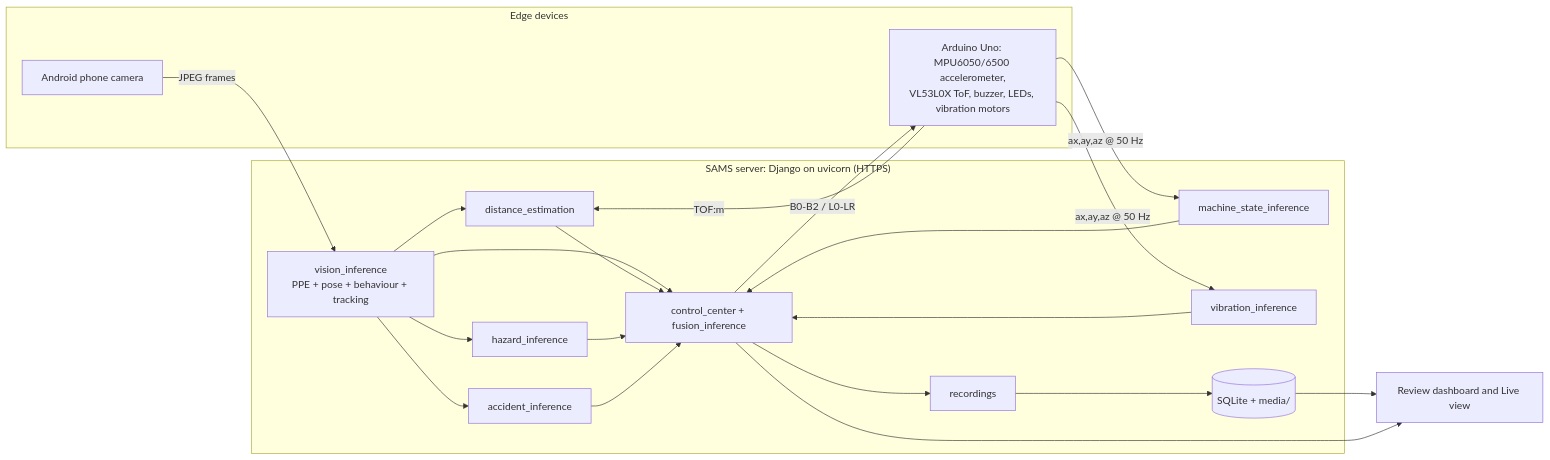
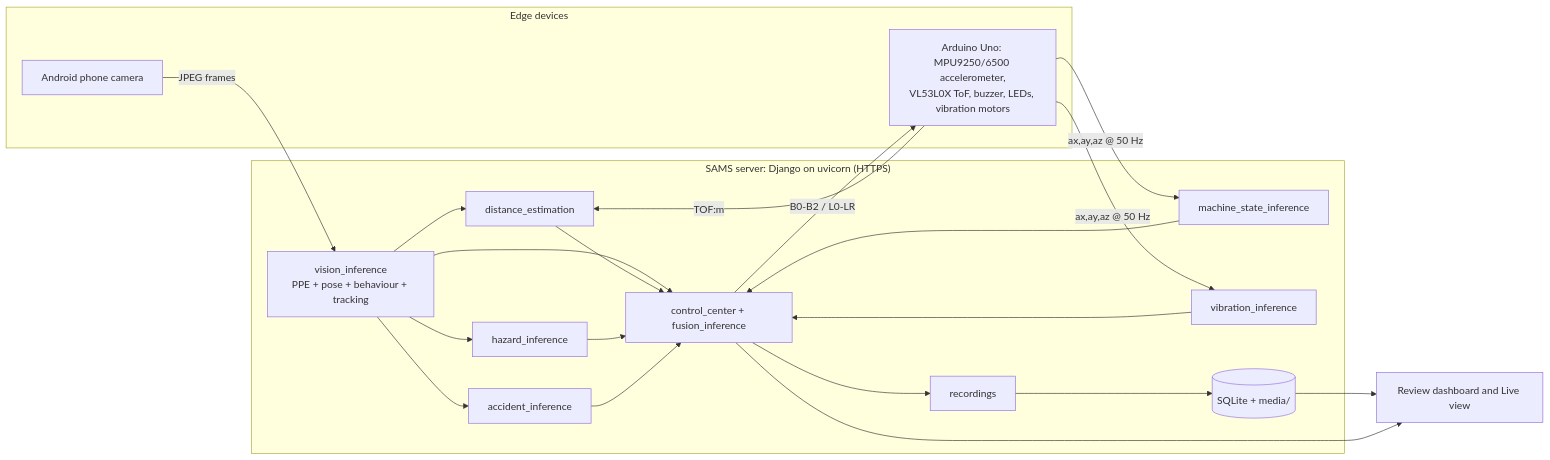
The first of 3 diagrams in README.md (Bonaparte003/Smart-Accident-System-Monitoring-SAMS-), drawn with Mermaid before and after one commit. The commit also changed other lines of this file and 41 other files, not shown here.

````diff
--- a/README.md
+++ b/README.md
@@ -68,36 +68,36 @@
 ```mermaid
 flowchart LR
     subgraph EDGE["Edge devices"]
         PHONE["Android phone camera"]
-        ARD["Arduino Uno: MPU6050/6500 accelerometer,<br/>VL53L0X ToF, buzzer, LEDs, vibration motors"]
+        ARD["Arduino Uno: MPU9250/6500 accelerometer,<br/>VL53L0X ToF, buzzer, LEDs, vibration motors"]
     end
     subgraph SERVER["SAMS server: Django on uvicorn (HTTPS)"]
         VIS["vision_inference<br/>PPE + pose + behaviour + tracking"]
         HAZ[hazard_inference]
         ACC[accident_inference]
         DIST[distance_estimation]
         MS[machine_state_inference]
         VIB[vibration_inference]
         CC["control_center + fusion_inference"]
         REC[recordings]
         DB[(SQLite + media/)]
     end
     UI["Review dashboard and Live view"]
 
     PHONE -- JPEG frames --> VIS
     ARD -- "ax,ay,az @ 50 Hz" --> MS
     ARD -- "ax,ay,az @ 50 Hz" --> VIB
     ARD -- "TOF:m" --> DIST
     VIS --> DIST
     VIS --> HAZ
     VIS --> ACC
     VIS --> CC
     DIST --> CC
     HAZ --> CC
     ACC --> CC
     MS --> CC
     VIB --> CC
     CC -- "B0-B2 / L0-LR" --> ARD
     CC --> REC --> DB --> UI
     CC --> UI
 ```
````
